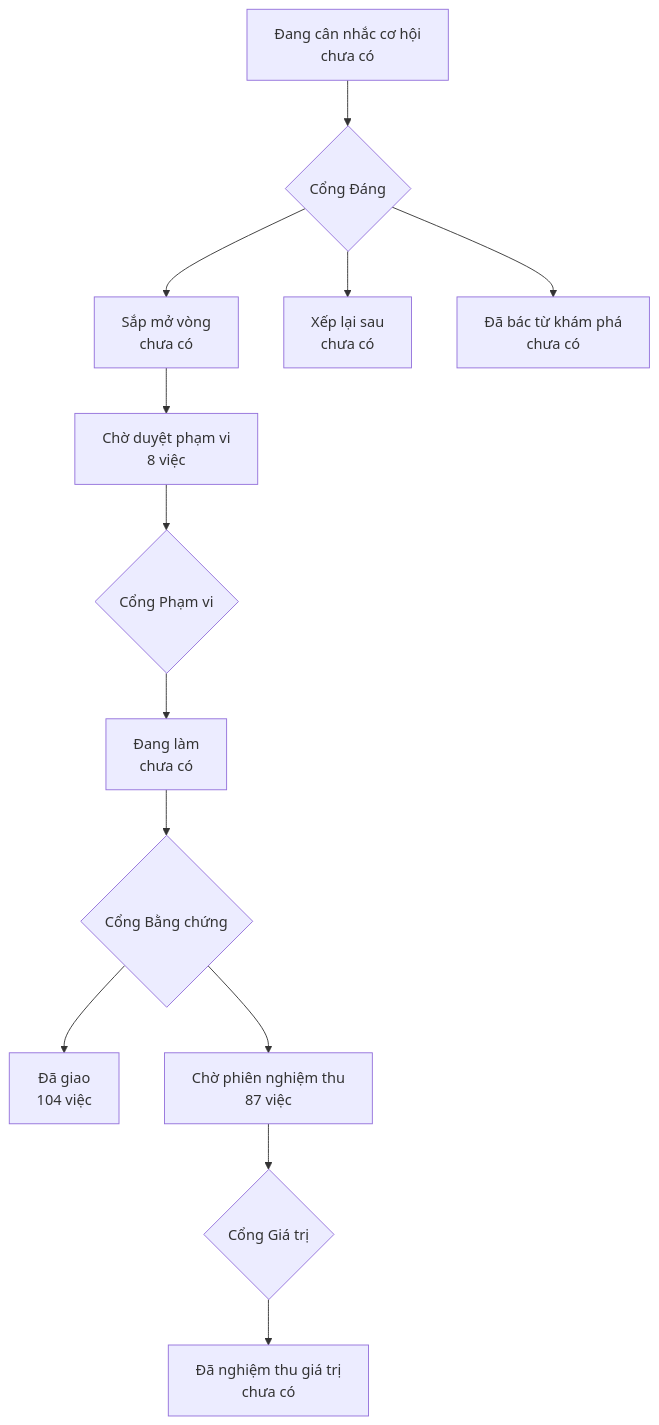
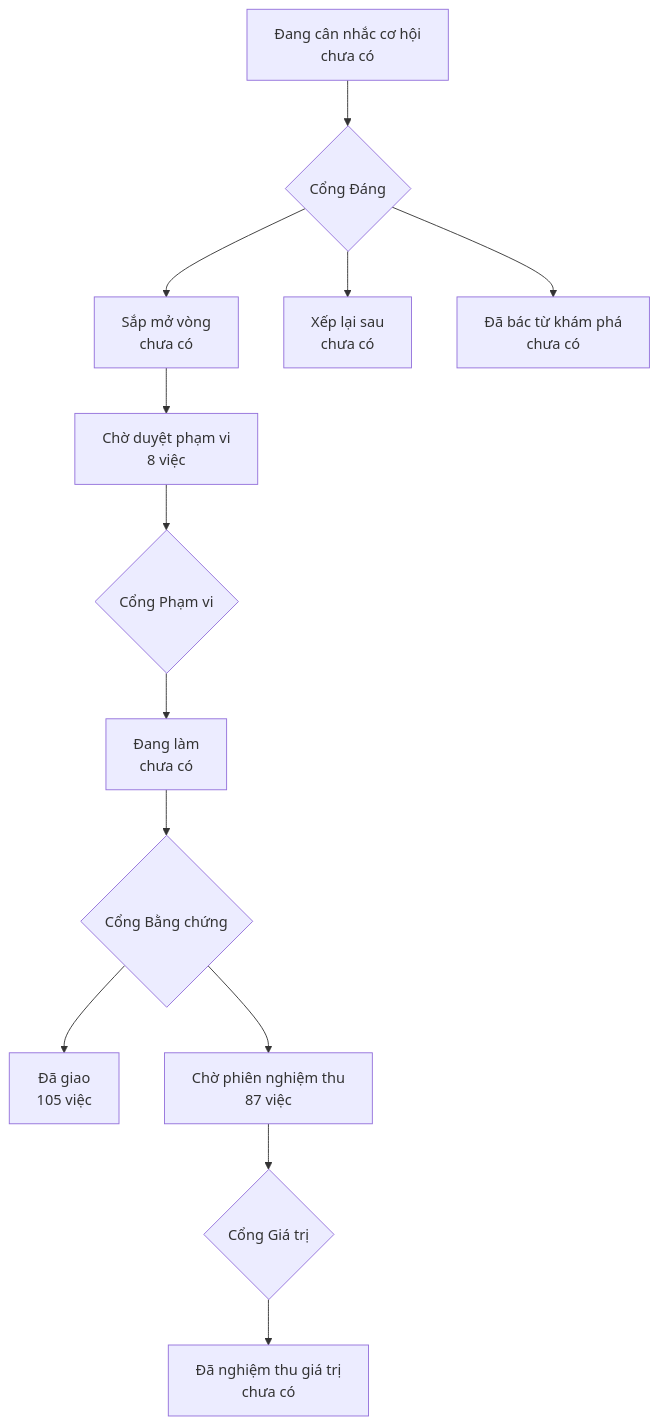
The diagram in PRODUCT-MAP.md (phanlemanh/onehub-invest), drawn with Mermaid before and after one commit. The commit also changed other lines of this file and 1 other file, not shown here.

Commit message:
chore(acceptance): vẽ lại bản đồ sau gộp main

````diff
--- a/PRODUCT-MAP.md
+++ b/PRODUCT-MAP.md
@@ -7,12 +7,12 @@
 ```mermaid
 flowchart TD
   A["Đang cân nhắc cơ hội<br/>chưa có"] --> GD{"Cổng Đáng"}
   GD --> B["Sắp mở vòng<br/>chưa có"]
   GD --> XL["Xếp lại sau<br/>chưa có"]
   GD --> DB["Đã bác từ khám phá<br/>chưa có"]
   B --> CD["Chờ duyệt phạm vi<br/>8 việc"] --> GP{"Cổng Phạm vi"}
   GP --> DL["Đang làm<br/>chưa có"] --> GB{"Cổng Bằng chứng"}
-  GB --> DG["Đã giao<br/>104 việc"]
+  GB --> DG["Đã giao<br/>105 việc"]
   GB --> CN["Chờ phiên nghiệm thu<br/>87 việc"] --> GG{"Cổng Giá trị"}
   GG --> NT["Đã nghiệm thu giá trị<br/>chưa có"]
 ```
````
